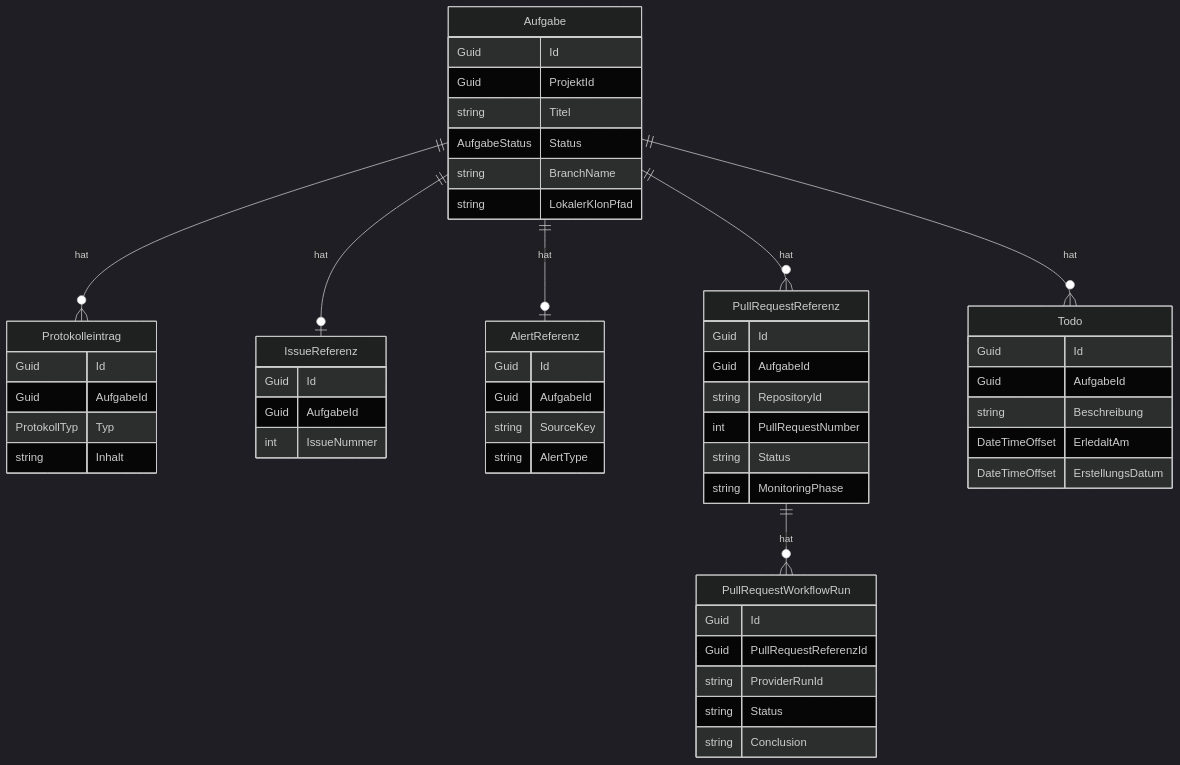
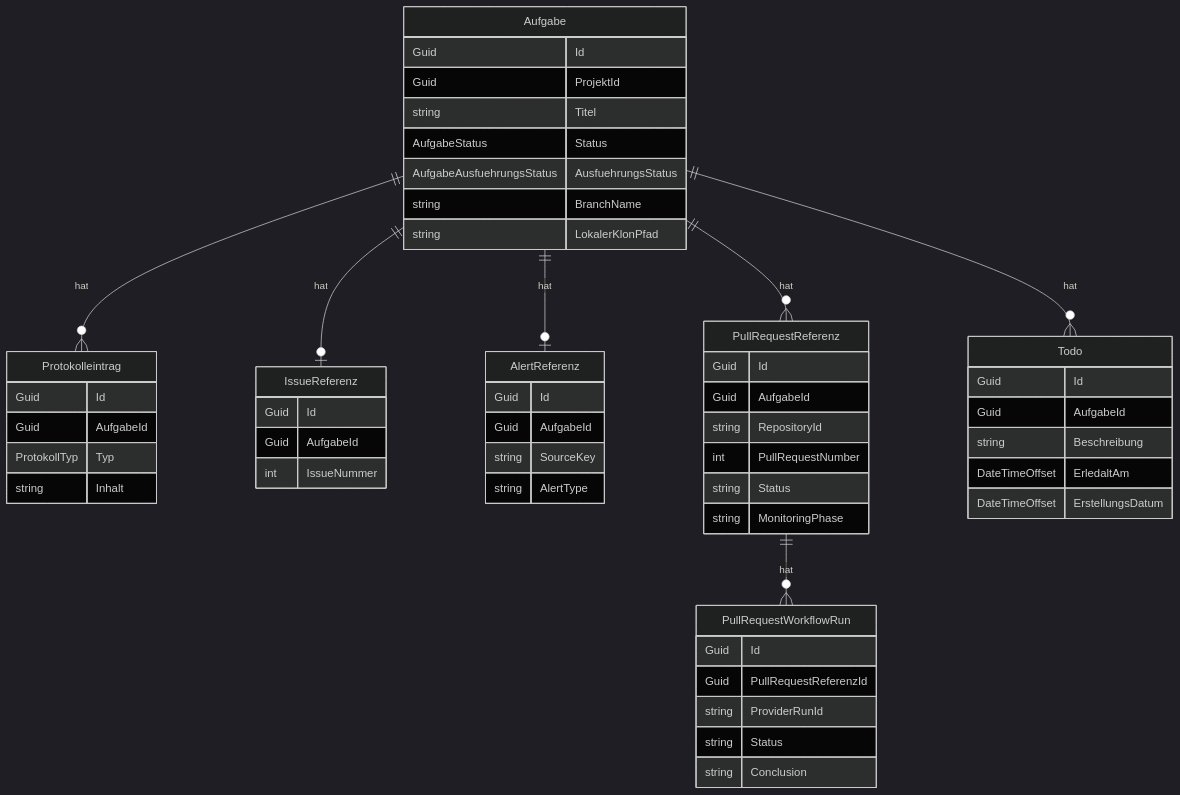
The second of 2 diagrams in docs/help/aufgaben/datenmodell.md (martin-stromberg/Softwareschmiede), drawn with Mermaid (dark theme) before and after one commit. The commit also changed other lines of this file and 41 other files, not shown here.

````diff
--- a/docs/help/aufgaben/datenmodell.md
+++ b/docs/help/aufgaben/datenmodell.md
@@ -141,56 +152,57 @@
 ```mermaid
 erDiagram
     Aufgabe {
         Guid Id
         Guid ProjektId
         string Titel
         AufgabeStatus Status
+        AufgabeAusfuehrungsStatus AusfuehrungsStatus
         string BranchName
         string LokalerKlonPfad
     }
     Protokolleintrag {
         Guid Id
         Guid AufgabeId
         ProtokollTyp Typ
         string Inhalt
     }
     IssueReferenz {
         Guid Id
         Guid AufgabeId
         int IssueNummer
     }
     AlertReferenz {
         Guid Id
         Guid AufgabeId
         string SourceKey
         string AlertType
     }
     PullRequestReferenz {
         Guid Id
         Guid AufgabeId
         string RepositoryId
         int PullRequestNumber
         string Status
         string MonitoringPhase
     }
     PullRequestWorkflowRun {
         Guid Id
         Guid PullRequestReferenzId
         string ProviderRunId
         string Status
         string Conclusion
     }
     Todo {
         Guid Id
         Guid AufgabeId
         string Beschreibung
         DateTimeOffset ErledaltAm
         DateTimeOffset ErstellungsDatum
     }
     Aufgabe ||--o{ Protokolleintrag : "hat"
     Aufgabe ||--o| IssueReferenz : "hat"
     Aufgabe ||--o| AlertReferenz : "hat"
     Aufgabe ||--o{ PullRequestReferenz : "hat"
     Aufgabe ||--o{ Todo : "hat"
     PullRequestReferenz ||--o{ PullRequestWorkflowRun : "hat"
 ```
````
